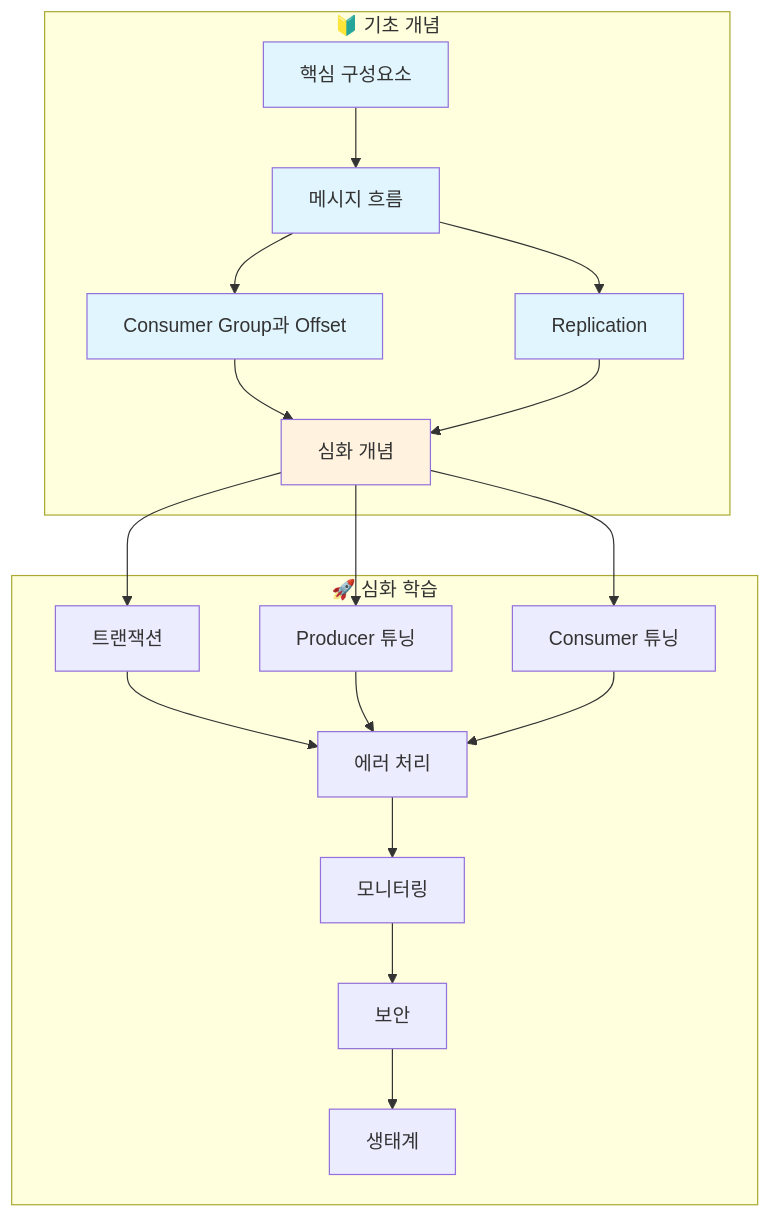
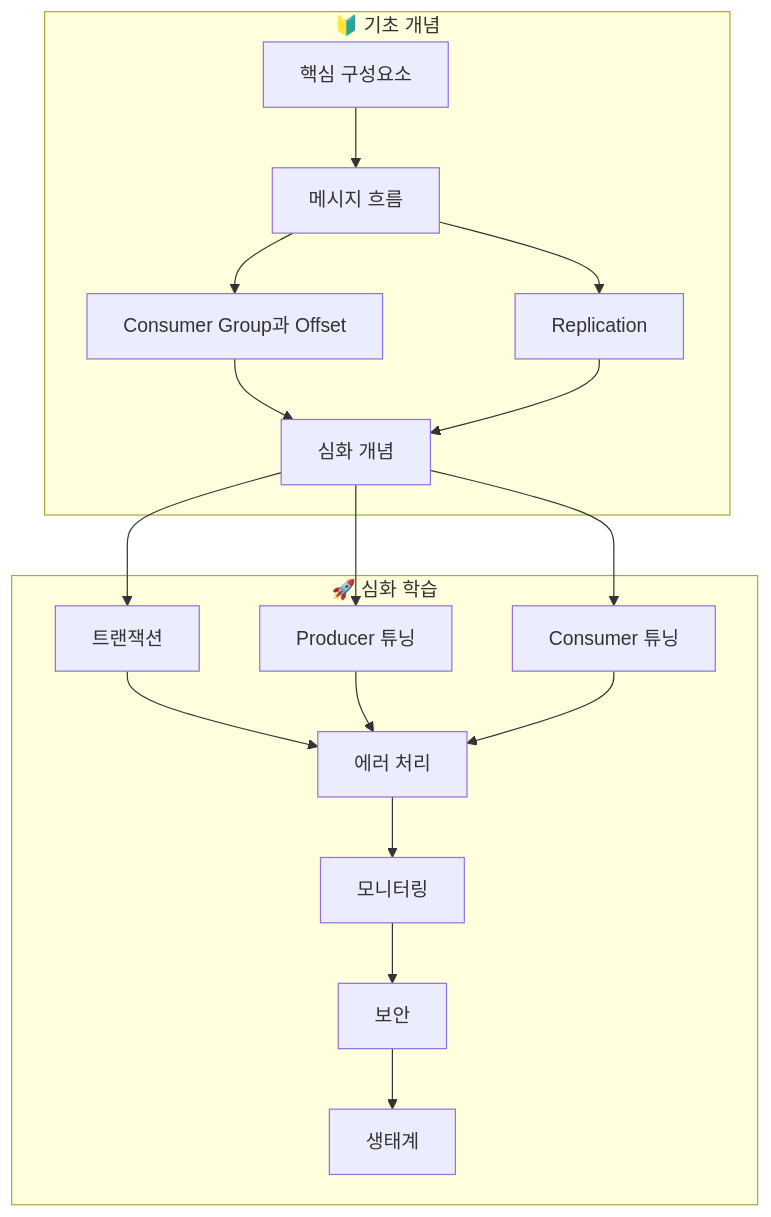
One commit to advanced-beginner/advanced-beginner.github.io changed the diagram in content/ko/docs/kafka/concepts/_index.md. Above: the diagram before and after it, drawn with Mermaid. The commit also changed 89 other files, not shown here.

````diff
--- a/content/ko/docs/kafka/concepts/_index.md
+++ b/content/ko/docs/kafka/concepts/_index.md
@@ -54,28 +54,22 @@
 ```mermaid
 flowchart TD
     subgraph 기초["🔰 기초 개념"]
         A[핵심 구성요소] --> B[메시지 흐름]
         B --> C[Consumer Group과 Offset]
         B --> D[Replication]
         C --> E[심화 개념]
         D --> E
     end
 
     subgraph 심화["🚀 심화 학습"]
         E --> F[트랜잭션]
         E --> G[Producer 튜닝]
         E --> H[Consumer 튜닝]
         F --> I[에러 처리]
         G --> I
         H --> I
         I --> J[모니터링]
         J --> K[보안]
         K --> L[생태계]
     end
-
-    style A fill:#e1f5fe
-    style B fill:#e1f5fe
-    style C fill:#e1f5fe
-    style D fill:#e1f5fe
-    style E fill:#fff3e0
 ```
````
